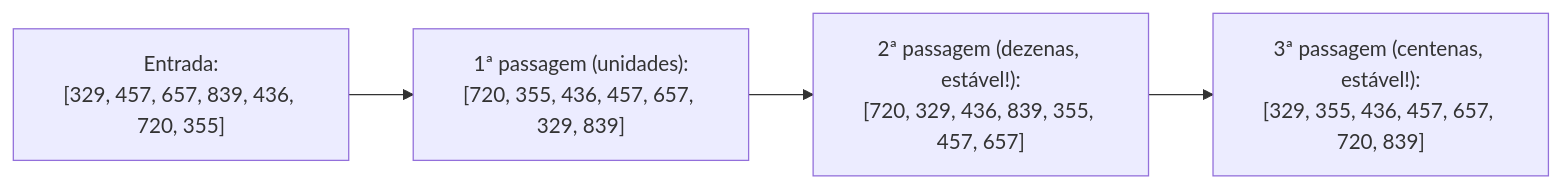
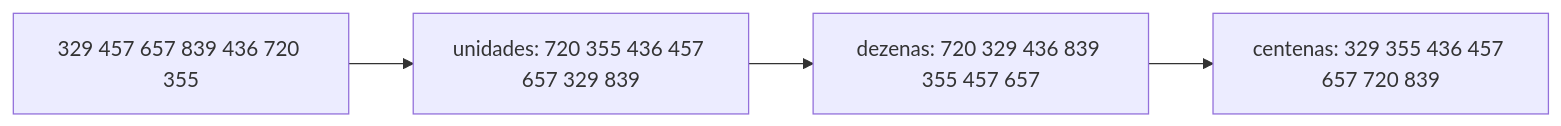
The diagram in content/cursos/n3-estruturas-de-dados-e-algoritmos/04-busca-e-ordenacao/06-ordenacoes-lineares.lvl.md (Lip3Bazinga/v0-level-usp-project), drawn with Mermaid before and after one commit. The commit also changed other lines of this file and 20 other files, not shown here.

````diff
--- a/content/cursos/n3-estruturas-de-dados-e-algoritmos/04-busca-e-ordenacao/06-ordenacoes-lineares.lvl.md
+++ b/content/cursos/n3-estruturas-de-dados-e-algoritmos/04-busca-e-ordenacao/06-ordenacoes-lineares.lvl.md
@@ -175,6 +232,6 @@
 ```mermaid
 flowchart LR
-    A["Entrada:<br/>[329, 457, 657, 839, 436, 720, 355]"] --> B["1ª passagem (unidades):<br/>[720, 355, 436, 457, 657, 329, 839]"]
-    B --> C["2ª passagem (dezenas, estável!):<br/>[720, 329, 436, 839, 355, 457, 657]"]
-    C --> D["3ª passagem (centenas, estável!):<br/>[329, 355, 436, 457, 657, 720, 839]"]
+    A["329 457 657 839 436 720 355"] --> B["unidades: 720 355 436 457 657 329 839"]
+    B --> C["dezenas: 720 329 436 839 355 457 657"]
+    C --> D["centenas: 329 355 436 457 657 720 839"]
 ```
````
